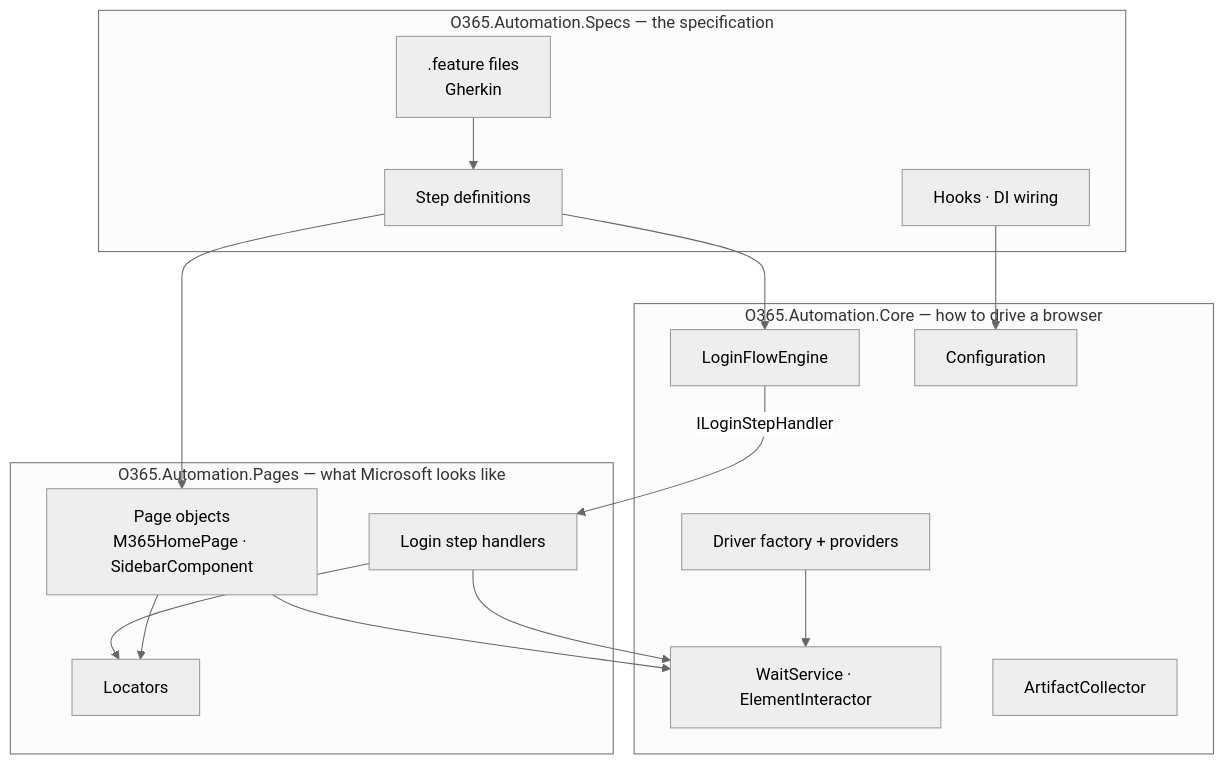
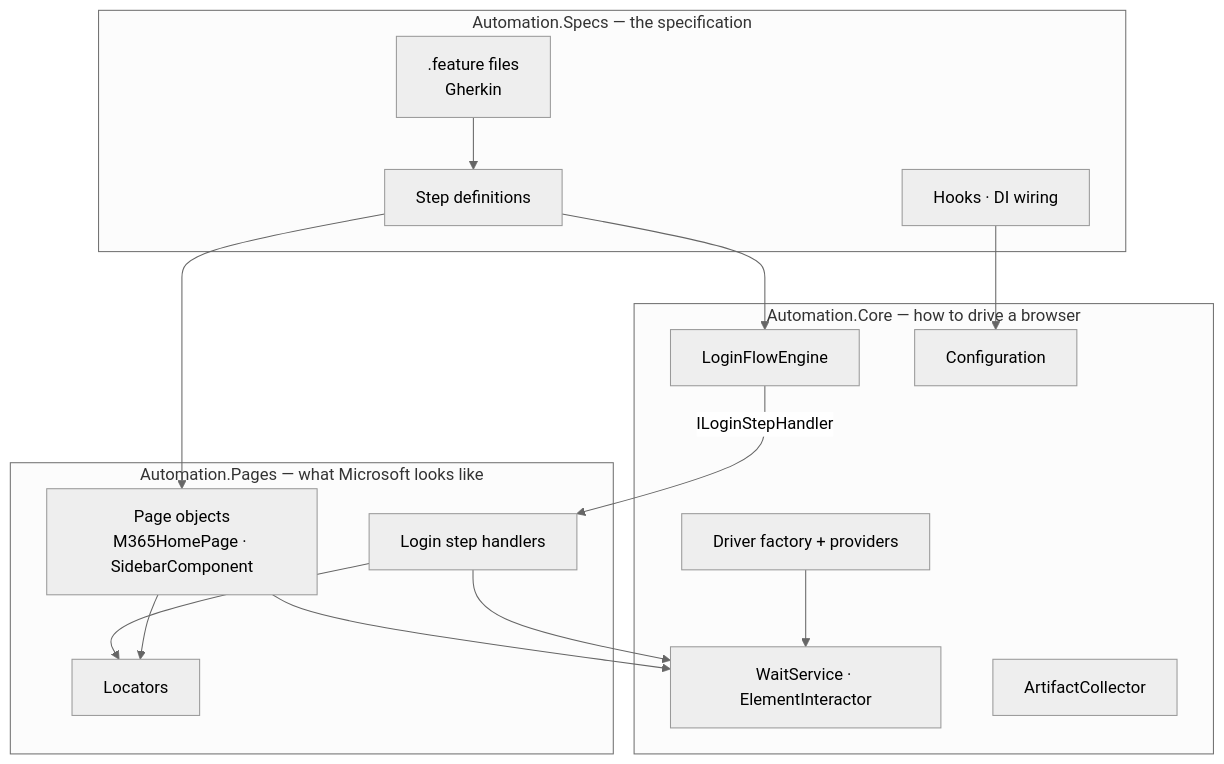
One commit to arjunrathinasamybh/automation-framework changed the first of 4 diagrams in docs/architecture.md. Above: the diagram before and after it, drawn with Mermaid (neutral theme). The commit also changed other lines of this file and 169 other files, not shown here.

````diff
--- a/docs/architecture.md
+++ b/docs/architecture.md
@@ -23,32 +23,32 @@
 ```mermaid
 flowchart TD
-    subgraph Specs["O365.Automation.Specs — the specification"]
+    subgraph Specs["Automation.Specs — the specification"]
         F[".feature files<br/>Gherkin"]
         S["Step definitions"]
         H["Hooks · DI wiring"]
     end
 
-    subgraph Pages["O365.Automation.Pages — what Microsoft looks like"]
+    subgraph Pages["Automation.Pages — what Microsoft looks like"]
         LH["Login step handlers"]
         LOC["Locators"]
         PO["Page objects<br/>M365HomePage · SidebarComponent"]
     end
 
-    subgraph Core["O365.Automation.Core — how to drive a browser"]
+    subgraph Core["Automation.Core — how to drive a browser"]
         ENG["LoginFlowEngine"]
         DRV["Driver factory + providers"]
         W["WaitService · ElementInteractor"]
         CFG["Configuration"]
         DIAG["ArtifactCollector"]
     end
 
     F --> S --> PO
     S --> ENG
     H --> CFG
     LH --> W
     PO --> W
     ENG -->|"ILoginStepHandler"| LH
     PO --> LOC
     LH --> LOC
     DRV --> W
 ```
````
